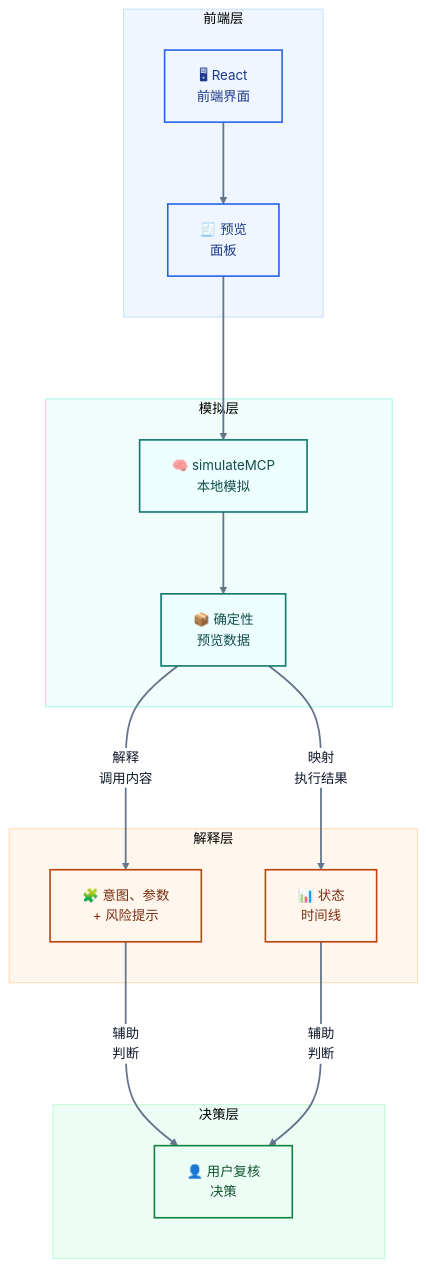
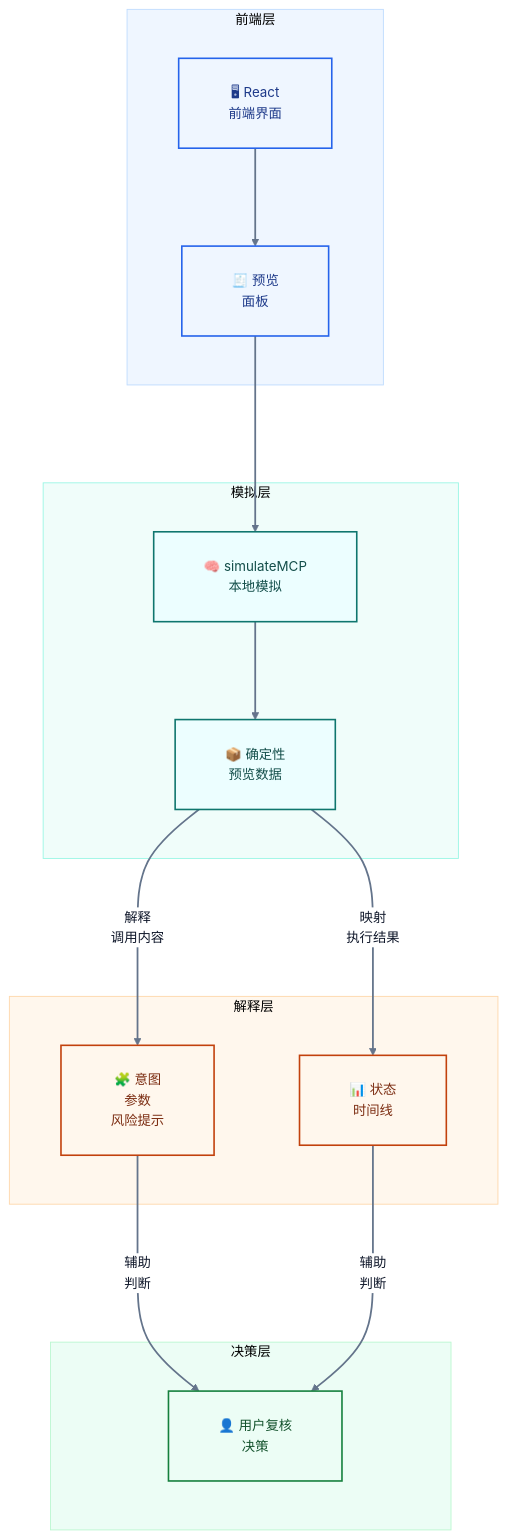
One commit to sunshineluyao/Moss-Mcp-Transaction changed the eighth of 8 diagrams in README.md. Above: the diagram before and after it, drawn with Mermaid. The commit also changed other lines of this file, not shown here.

Commit message:
Improve readability across all Mermaid diagrams

````diff
--- a/README.md
+++ b/README.md
@@ -755,39 +755,39 @@
 ```mermaid
-%%{init: {'theme':'base','flowchart': {'htmlLabels': true, 'nodeSpacing': 72, 'rankSpacing': 92, 'curve': 'basis', 'padding': 18},'themeVariables': {'fontFamily':'Inter, Segoe UI, sans-serif','fontSize':'15px','primaryTextColor':'#0f172a','lineColor':'#64748b','clusterBkg':'#f8fafc','clusterBorder':'#cbd5e1','edgeLabelBackground':'#ffffff','primaryBorderColor':'#2563eb','primaryColor':'#eff6ff'}}}%%
+%%{init: {'theme':'base','flowchart': {'htmlLabels': true, 'nodeSpacing': 96, 'rankSpacing': 110, 'curve': 'basis', 'padding': 28, 'diagramPadding': 24, 'wrappingWidth': 260},'themeVariables': {'fontFamily':'Inter, Segoe UI, sans-serif','fontSize':'15px','primaryTextColor':'#0f172a','lineColor':'#64748b','clusterBkg':'#f8fafc','clusterBorder':'#cbd5e1','edgeLabelBackground':'#ffffff','primaryBorderColor':'#2563eb','primaryColor':'#eff6ff'}}}%%
 flowchart TB
   subgraph L1[前端层]
     UI["🖥 React<br/>前端界面"] --> Preview["🧾 预览<br/>面板"]
   end
 
   subgraph L2[模拟层]
     Engine["🧠 simulateMCP<br/>本地模拟"] --> Data["📦 确定性<br/>预览数据"]
   end
 
   subgraph L3[解释层]
-    Cards["🧩 意图、参数<br/>+ 风险提示"]
+    Cards["🧩 意图<br/>参数<br/>风险提示"]
     Timeline["📊 状态<br/>时间线"]
   end
 
   subgraph L4[决策层]
     User["👤 用户复核<br/>决策"]
   end
 
   Preview --> Engine
   Data -->|解释<br/>调用内容| Cards -->|辅助<br/>判断| User
   Data -->|映射<br/>执行结果| Timeline -->|辅助<br/>判断| User
 
   classDef frontend fill:#eff6ff,stroke:#2563eb,stroke-width:1.8px,color:#1e3a8a;
   classDef sim fill:#ecfeff,stroke:#0f766e,stroke-width:1.8px,color:#134e4a;
   classDef explain fill:#fff7ed,stroke:#c2410c,stroke-width:1.8px,color:#7c2d12;
   classDef decision fill:#ecfdf5,stroke:#15803d,stroke-width:1.8px,color:#14532d;
 
   class UI,Preview frontend;
   class Engine,Data sim;
   class Cards,Timeline explain;
   class User decision;
   style L1 fill:#eff6ff,stroke:#bfdbfe,stroke-width:1px
   style L2 fill:#f0fdfa,stroke:#99f6e4,stroke-width:1px
   style L3 fill:#fff7ed,stroke:#fed7aa,stroke-width:1px
   style L4 fill:#ecfdf5,stroke:#bbf7d0,stroke-width:1px
   linkStyle default stroke:#64748b,stroke-width:2px;
 ```
````
